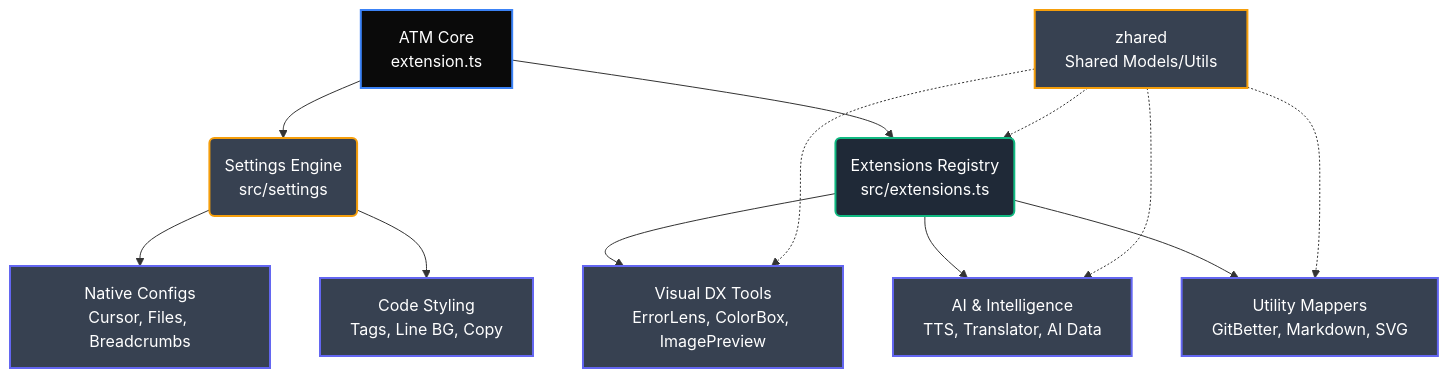
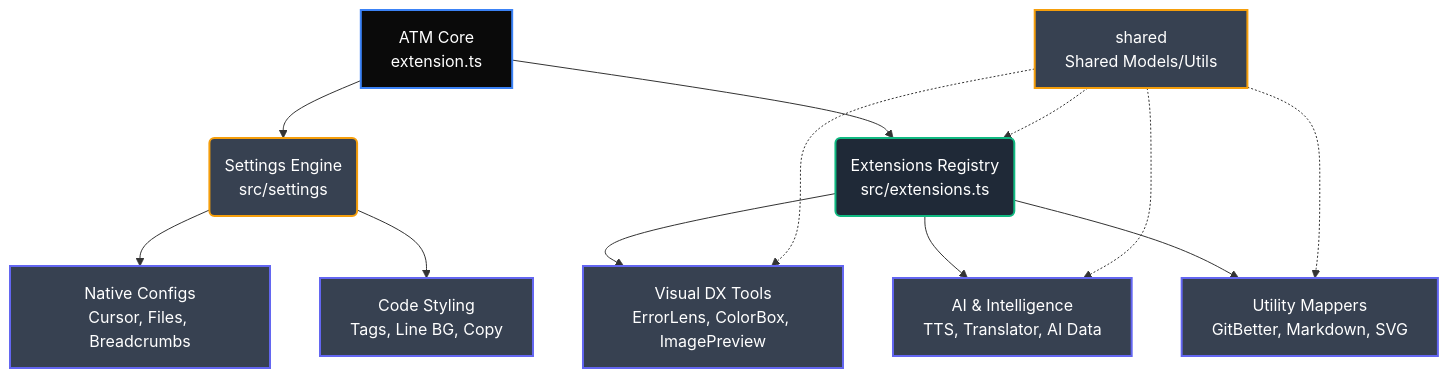
One commit to TWMProgrammer/ATM changed the diagram in ARCHITECTURE.md. Above: the diagram before and after it, drawn with Mermaid. The commit also changed other lines of this file and 10 other files, not shown here.

````diff
--- a/ARCHITECTURE.md
+++ b/ARCHITECTURE.md
@@ -43,22 +43,22 @@
 ```mermaid
 graph TD
     classDef core fill:#0a0a0a,stroke:#3b82f6,stroke-width:2px,color:#fff
     classDef registry fill:#1f2937,stroke:#10b981,stroke-width:2px,color:#fff
     classDef module fill:#374151,stroke:#6366f1,stroke-width:2px,color:#fff
     classDef settings fill:#374151,stroke:#f59e0b,stroke-width:2px,color:#fff
 
     A[ATM Core\nextension.ts]:::core --> B(Settings Engine\nsrc/settings):::settings
     A --> C(Extensions Registry\nsrc/extensions.ts):::registry
     
     B --> B1[Native Configs\nCursor, Files, Breadcrumbs]:::module
     B --> B2[Code Styling\nTags, Line BG, Copy]:::module
     
     C --> D1[Visual DX Tools\nErrorLens, ColorBox, ImagePreview]:::module
     C --> D2[AI & Intelligence\nTTS, Translator, AI Data]:::module
     C --> D3[Utility Mappers\nGitBetter, Markdown, SVG]:::module
     
-    Z[zhared\nShared Models/Utils]:::settings -.-> C
+    Z[shared\nShared Models/Utils]:::settings -.-> C
     Z -.-> D1
     Z -.-> D2
     Z -.-> D3
 ```
````
